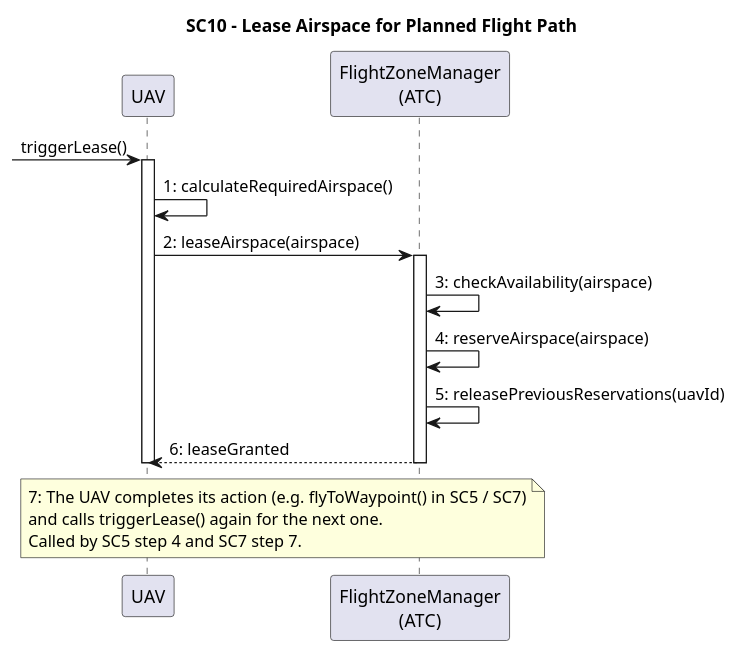
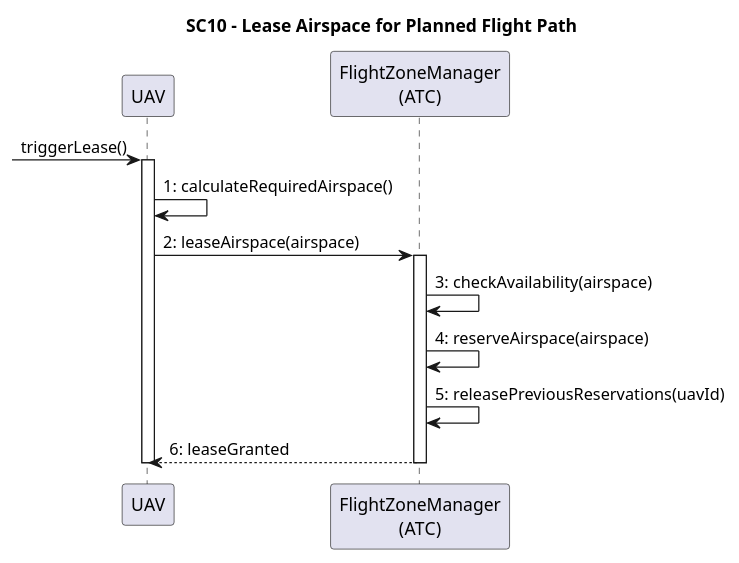
Before and after one commit to RathbergerJakob/e3-soft-eng: the diagram in reworked/sc10.puml, drawn with PlantUML.

Commit message:
SC10: remove step 7 note

```diff
--- a/reworked/sc10.puml
+++ b/reworked/sc10.puml
@@ -1,26 +1,20 @@
 @startuml
 title SC10 – Lease Airspace for Planned Flight Path
 
 participant UAV
 participant "FlightZoneManager\n(ATC)" as FlightZoneManager
 
 [-> UAV : triggerLease()
 activate UAV
 
 UAV -> UAV : 1: calculateRequiredAirspace()
 
 UAV -> FlightZoneManager : 2: leaseAirspace(airspace)
 activate FlightZoneManager
 FlightZoneManager -> FlightZoneManager : 3: checkAvailability(airspace)
 FlightZoneManager -> FlightZoneManager : 4: reserveAirspace(airspace)
 FlightZoneManager -> FlightZoneManager : 5: releasePreviousReservations(uavId)
 FlightZoneManager --> UAV : 6: leaseGranted
 deactivate FlightZoneManager
 deactivate UAV
-
-note over UAV, FlightZoneManager
-  7: The UAV completes its action (e.g. flyToWaypoint() in SC5 / SC7)
-  and calls triggerLease() again for the next one.
-  Called by SC5 step 4 and SC7 step 7.
-end note
 @enduml
```
